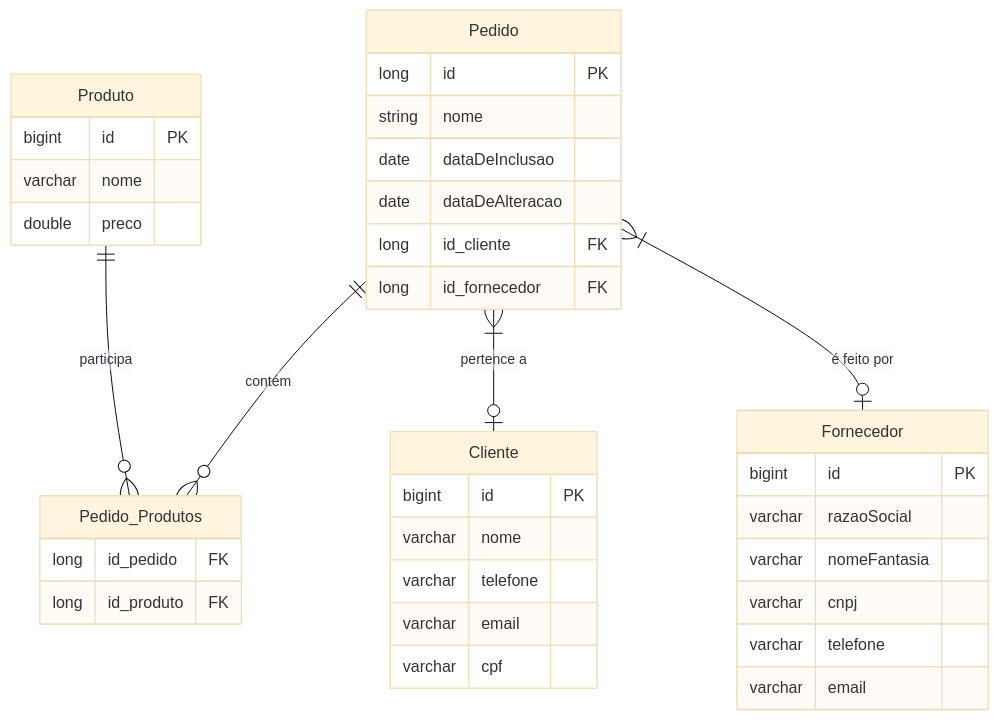
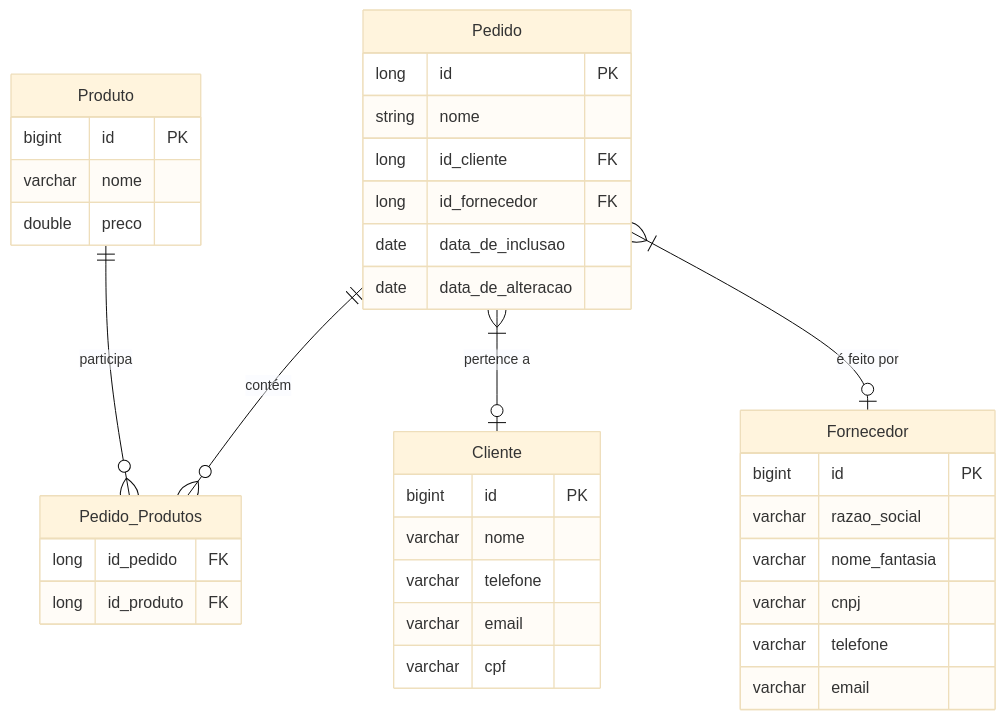
One commit to JoseComparotto/poo2 changed the second of 2 diagrams in projetos/vetshop/README.md. Above: the diagram before and after it, drawn with Mermaid (base theme).

````diff
--- a/projetos/vetshop/README.md
+++ b/projetos/vetshop/README.md
@@ -97,46 +97,46 @@
 ```mermaid
 erDiagram
 
     Cliente {
         bigint id PK
         varchar nome
         varchar telefone
         varchar email
         varchar cpf
     }
 
     Fornecedor {
         bigint id PK
-        varchar razaoSocial
-        varchar nomeFantasia
+        varchar razao_social
+        varchar nome_fantasia
         varchar cnpj
         varchar telefone
         varchar email
     }
 
     Produto {
         bigint id PK
         varchar nome
         double preco
     }
 
     Pedido {
         long id PK
         string nome
-        date dataDeInclusao
-        date dataDeAlteracao
         long id_cliente FK
         long id_fornecedor FK
+        date data_de_inclusao
+        date data_de_alteracao
     }
 
     Pedido_Produtos {
         long id_pedido FK
         long id_produto FK
     }
 
     Produto ||--o{ Pedido_Produtos : "participa"
     Pedido ||--o{ Pedido_Produtos : "contém"
     Pedido }|--o| Cliente : "pertence a"
     Pedido }|--o| Fornecedor : "é feito por"
 
 ```
````
